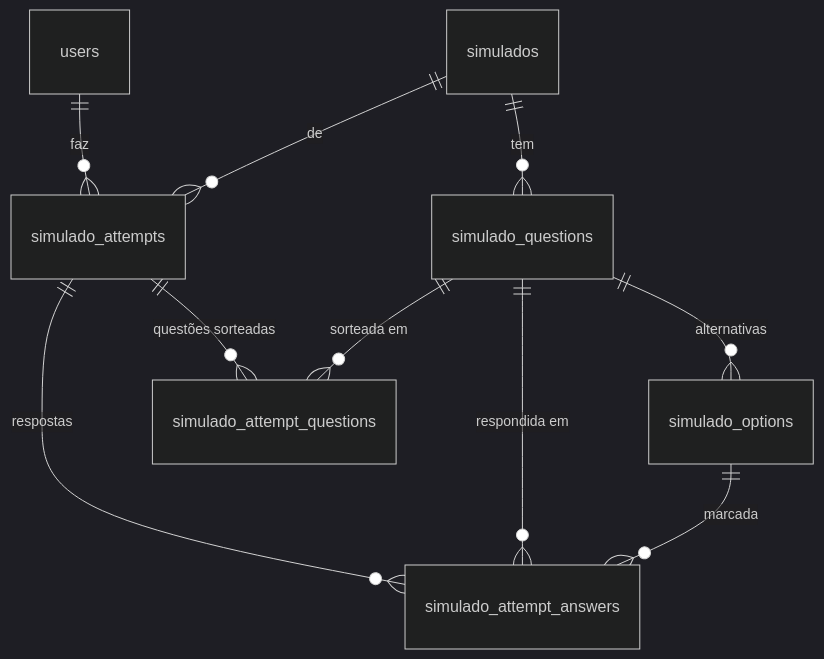
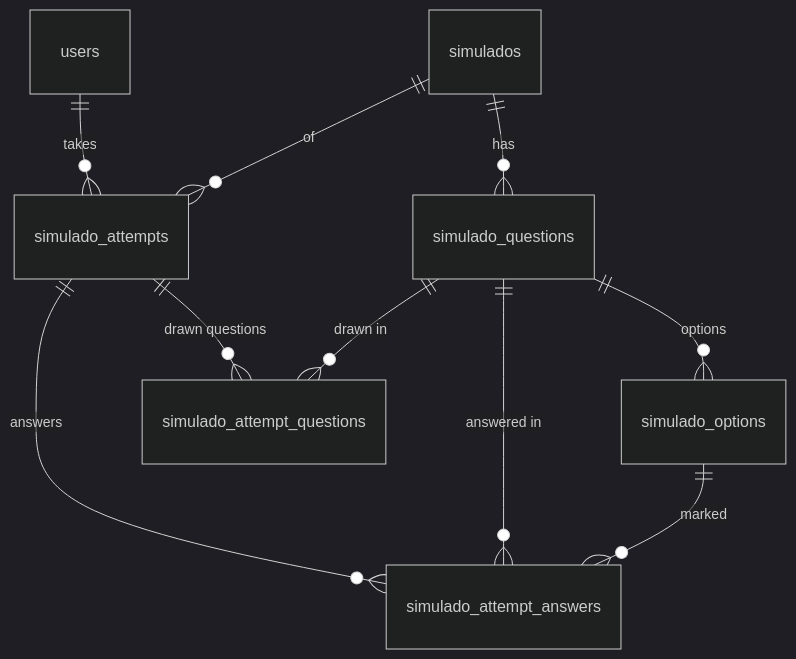
One commit to jpavrdev/plataforma-estudos changed the third of 4 diagrams in README.md. Above: the diagram before and after it, drawn with Mermaid (dark theme). The commit also changed other lines of this file and 1 other file, not shown here.

````diff
--- a/README.md
+++ b/README.md
@@ -205,14 +219,14 @@
 ```mermaid
 erDiagram
-    simulados         ||--o{ simulado_questions : "tem"
-    simulado_questions ||--o{ simulado_options  : "alternativas"
+    simulados         ||--o{ simulado_questions : "has"
+    simulado_questions ||--o{ simulado_options  : "options"
 
-    users     ||--o{ simulado_attempts : "faz"
-    simulados ||--o{ simulado_attempts : "de"
+    users     ||--o{ simulado_attempts : "takes"
+    simulados ||--o{ simulado_attempts : "of"
 
-    simulado_attempts  ||--o{ simulado_attempt_questions : "questões sorteadas"
-    simulado_questions ||--o{ simulado_attempt_questions : "sorteada em"
-    simulado_attempts  ||--o{ simulado_attempt_answers   : "respostas"
-    simulado_questions ||--o{ simulado_attempt_answers   : "respondida em"
-    simulado_options   ||--o{ simulado_attempt_answers   : "marcada"
+    simulado_attempts  ||--o{ simulado_attempt_questions : "drawn questions"
+    simulado_questions ||--o{ simulado_attempt_questions : "drawn in"
+    simulado_attempts  ||--o{ simulado_attempt_answers   : "answers"
+    simulado_questions ||--o{ simulado_attempt_answers   : "answered in"
+    simulado_options   ||--o{ simulado_attempt_answers   : "marked"
 ```
````
